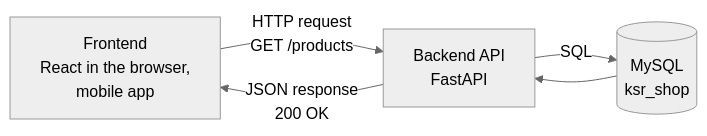
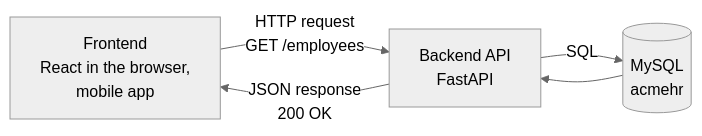
Before and after one commit to kyedumati/KASI-FULLSTACK-MATERIAL: the first of 2 diagrams in docs/python/fastapi/01-introduction-to-fastapi.md, drawn with Mermaid (neutral theme). The commit also changed other lines of this file and 17 other files, not shown here.

First line of the commit message:
Rebuild the FastAPI module on the AcmeHR project

````diff
--- a/docs/python/fastapi/01-introduction-to-fastapi.md
+++ b/docs/python/fastapi/01-introduction-to-fastapi.md
@@ -25,7 +25,7 @@
 ```mermaid
 flowchart LR
-  B["Frontend<br/>React in the browser,<br/>mobile app"] -->|"HTTP request<br/>GET /products"| A["Backend API<br/>FastAPI"]
-  A -->|"SQL"| D[("MySQL<br/>ksr_shop")]
+  B["Frontend<br/>React in the browser,<br/>mobile app"] -->|"HTTP request<br/>GET /employees"| A["Backend API<br/>FastAPI"]
+  A -->|"SQL"| D[("MySQL<br/>acmehr")]
   D --> A
   A -->|"JSON response<br/>200 OK"| B
 ```
````
